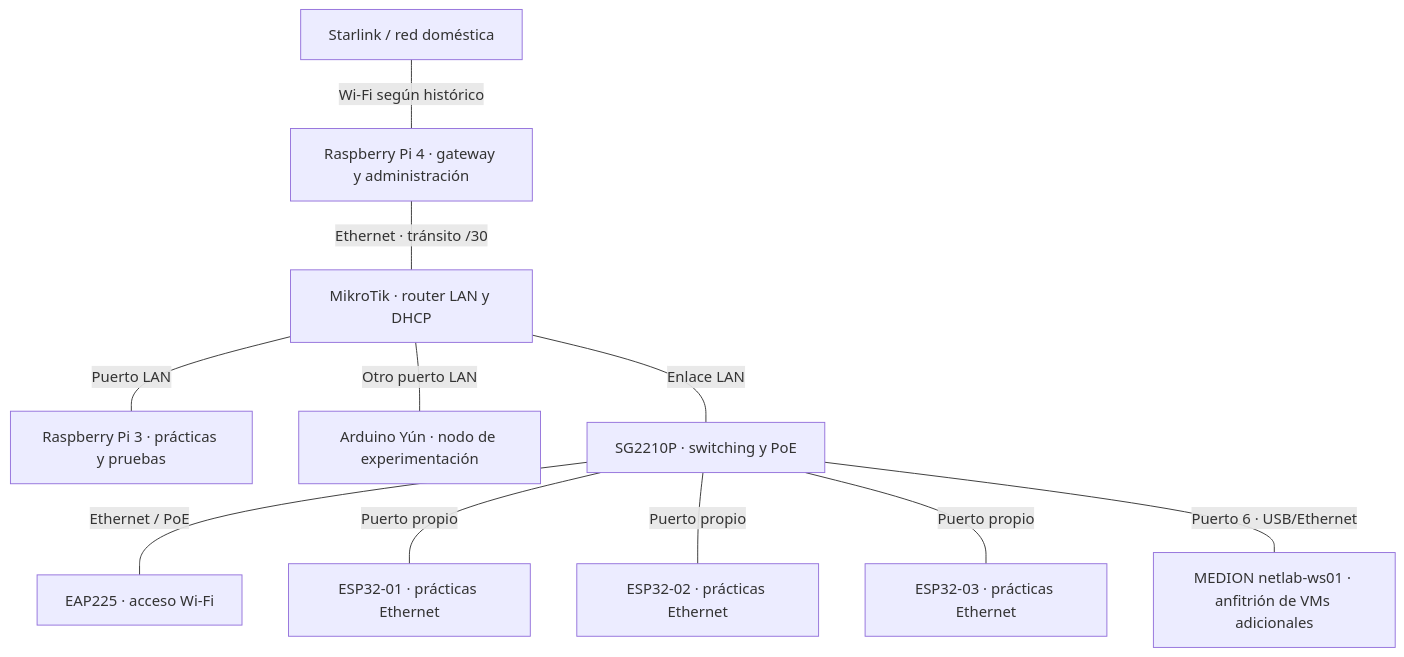
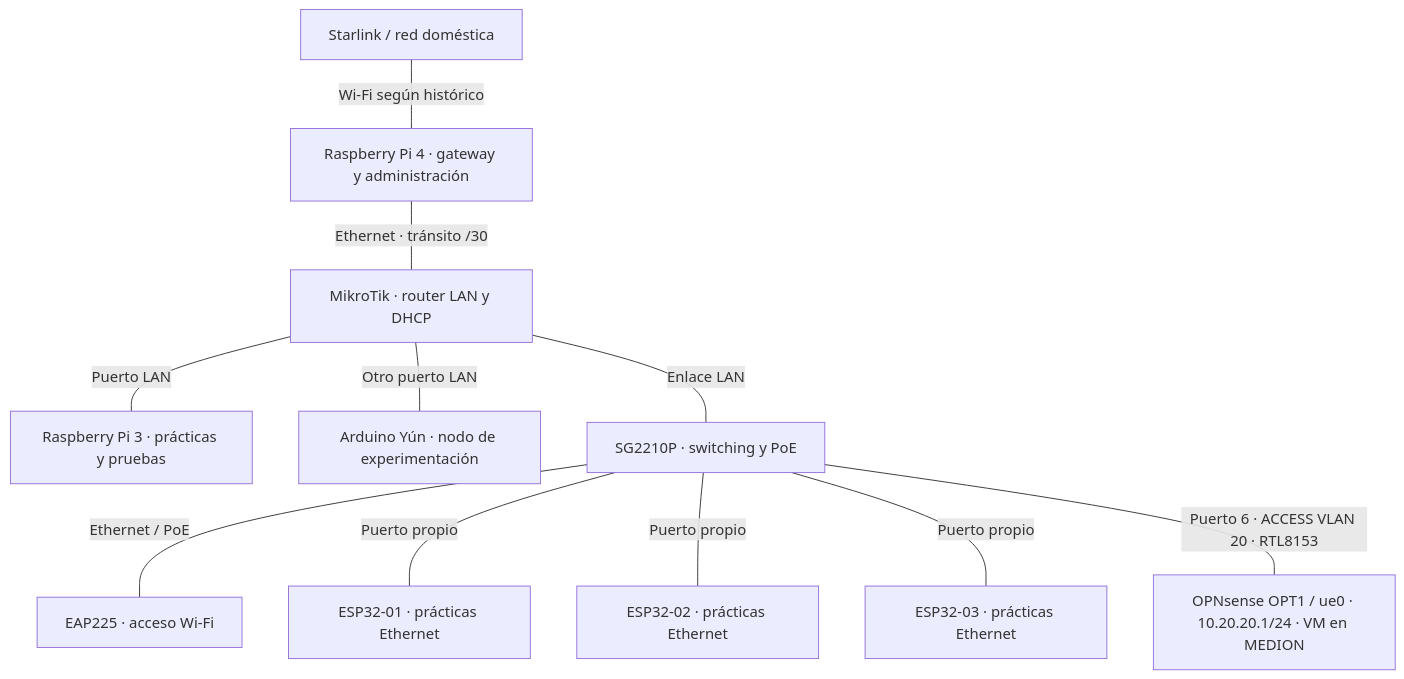
Before and after one commit to p0p1as71/gestor-redes-laboratorio: the diagram in laboratorio-fisico/topologia.md, drawn with Mermaid. The commit also changed other lines of this file and 5 other files, not shown here.

First line of the commit message:
docs: integrar OPNsense OPT1 y LAB-FISICO VLAN 20

````diff
--- a/laboratorio-fisico/topologia.md
+++ b/laboratorio-fisico/topologia.md
@@ -11,13 +11,13 @@
 ```mermaid
 flowchart TD
     S["Starlink / red doméstica"] ---|"Wi-Fi según histórico"| P4["Raspberry Pi 4 · gateway y administración"]
     P4 ---|"Ethernet · tránsito /30"| M["MikroTik · router LAN y DHCP"]
     M ---|"Puerto LAN"| P3["Raspberry Pi 3 · prácticas y pruebas"]
     M ---|"Otro puerto LAN"| Y["Arduino Yún · nodo de experimentación"]
     M ---|"Enlace LAN"| SW["SG2210P · switching y PoE"]
     SW ---|"Ethernet / PoE"| AP["EAP225 · acceso Wi-Fi"]
     SW ---|"Puerto propio"| E1["ESP32-01 · prácticas Ethernet"]
     SW ---|"Puerto propio"| E2["ESP32-02 · prácticas Ethernet"]
     SW ---|"Puerto propio"| E3["ESP32-03 · prácticas Ethernet"]
-    SW ---|"Puerto 6 · USB/Ethernet"| L["MEDION netlab-ws01 · anfitrión de VMs adicionales"]
+    SW ---|"Puerto 6 · ACCESS VLAN 20 · RTL8153"| L["OPNsense OPT1 / ue0 · 10.20.20.1/24 · VM en MEDION"]
 ```
````
